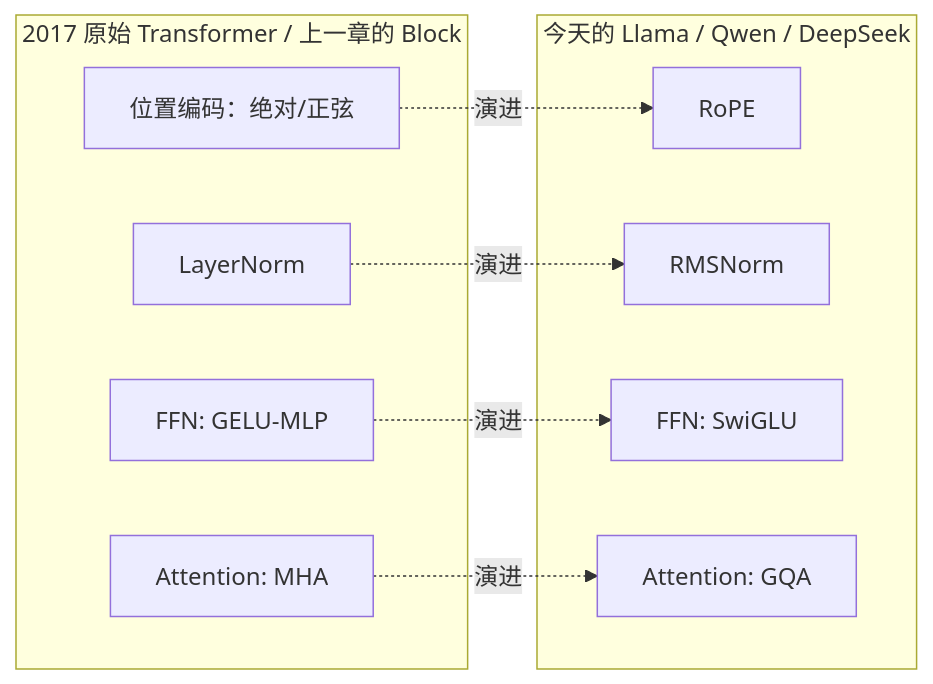
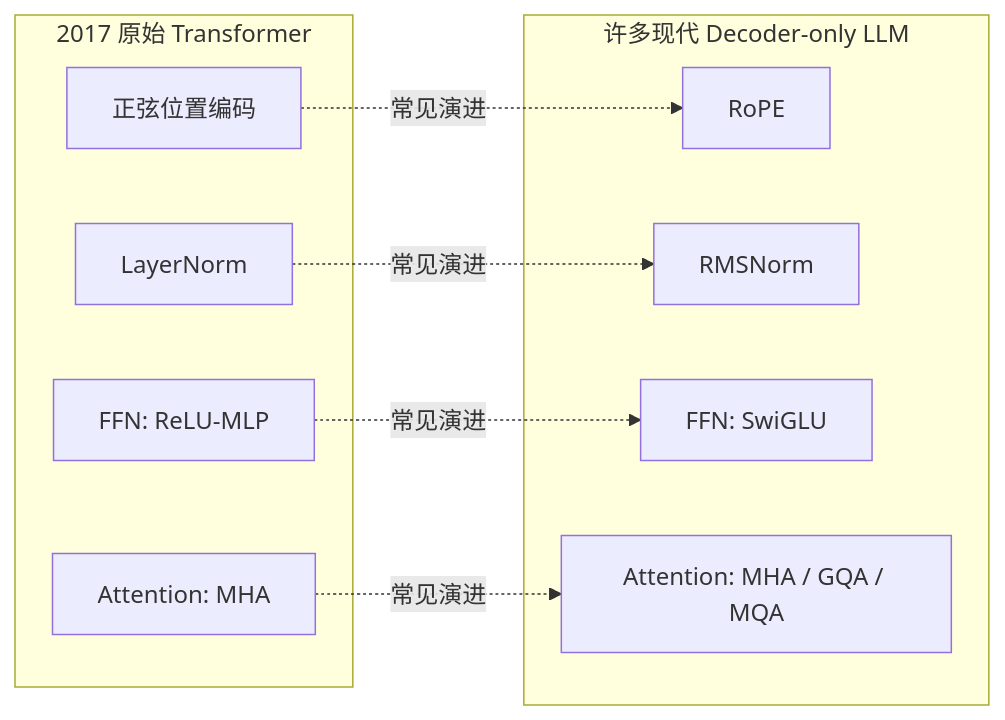
One commit to AI-learning-simple/Build-Your-Own-LLM changed the second of 2 diagrams in 1. LLM基础/10. 现代 Transformer 架构演进.md. Above: the diagram before and after it, drawn with Mermaid. The commit also changed other lines of this file and 60 other files, not shown here.

````diff
--- a/1. LLM基础/10. 现代 Transformer 架构演进.md
+++ b/1. LLM基础/10. 现代 Transformer 架构演进.md
@@ -179,19 +141,19 @@
 ```mermaid
 flowchart LR
-    subgraph "2017 原始 Transformer / 上一章的 Block"
-    A1[位置编码：绝对/正弦]
+    subgraph "2017 原始 Transformer"
+    A1[正弦位置编码]
     A2[LayerNorm]
-    A3["FFN: GELU-MLP"]
+    A3["FFN: ReLU-MLP"]
     A4["Attention: MHA"]
     end
-    subgraph "今天的 Llama / Qwen / DeepSeek"
+    subgraph "许多现代 Decoder-only LLM"
     B1[RoPE]
     B2[RMSNorm]
     B3["FFN: SwiGLU"]
-    B4["Attention: GQA"]
+    B4["Attention: MHA / GQA / MQA"]
     end
-    A1 -.演进.-> B1
-    A2 -.演进.-> B2
-    A3 -.演进.-> B3
-    A4 -.演进.-> B4
+    A1 -.常见演进.-> B1
+    A2 -.常见演进.-> B2
+    A3 -.常见演进.-> B3
+    A4 -.常见演进.-> B4
 ```
````
